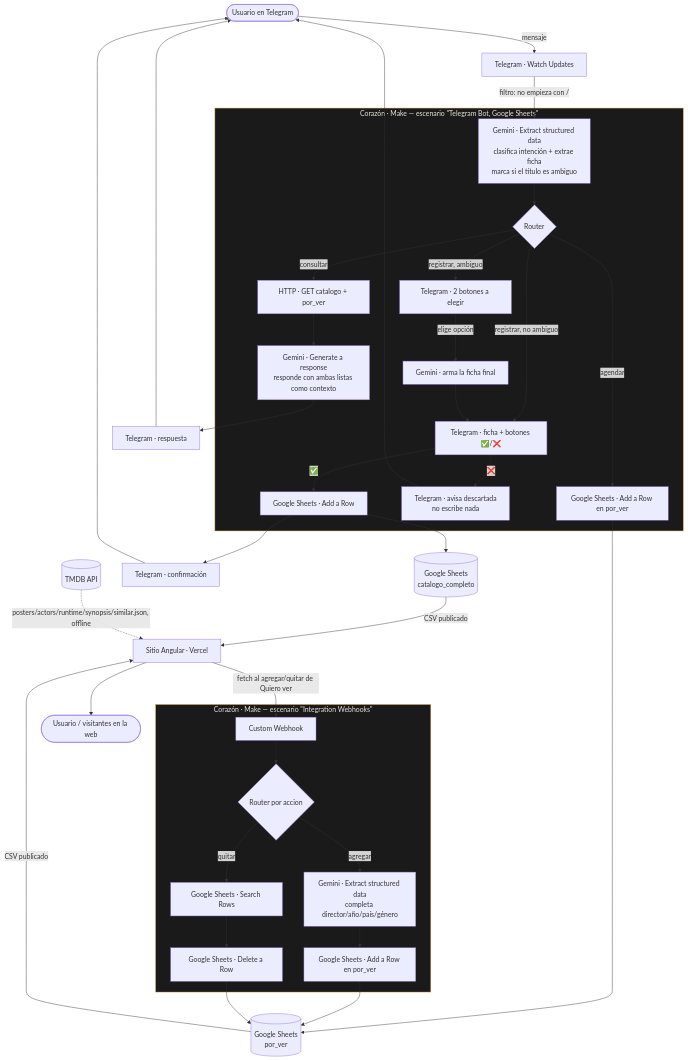
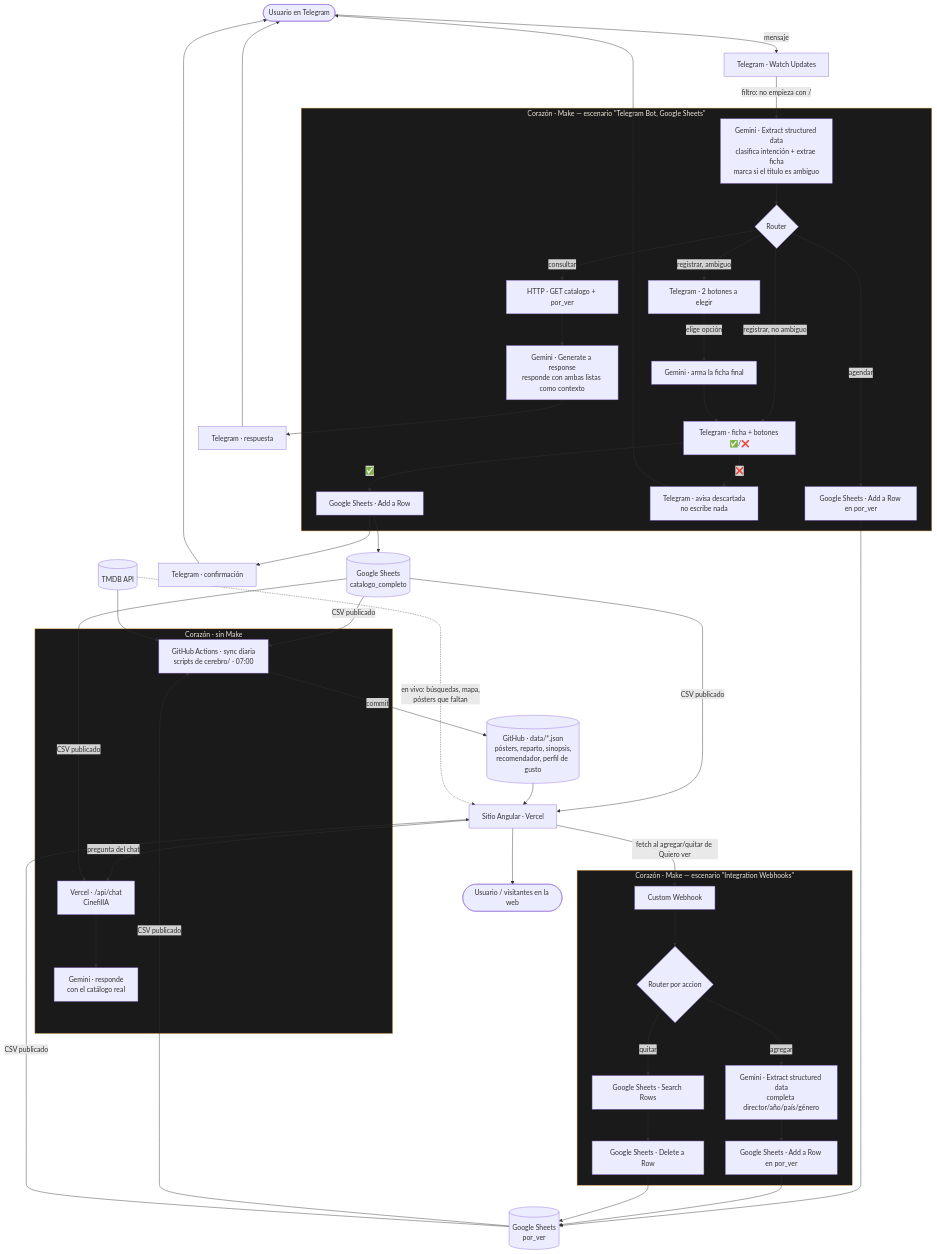
One commit to Arturogrottoli/IA-Automation-Movies changed the diagram in docs/arquitectura.md. Above: the diagram before and after it, drawn with Mermaid. The commit also changed other lines of this file and 6 other files, not shown here.

First line of the commit message:
Docs del curso y README al dia con lo de octubre

````diff
--- a/docs/arquitectura.md
+++ b/docs/arquitectura.md
@@ -16,44 +16,59 @@
 ```mermaid
 flowchart TD
     U([Usuario en Telegram]) -->|mensaje| WU[Telegram · Watch Updates]
     WU -->|filtro: no empieza con /| G1
 
     subgraph CORAZON ["Corazón · Make — escenario #quot;Telegram Bot, Google Sheets#quot;"]
       G1[Gemini · Extract structured data<br/>clasifica intención + extrae ficha<br/>marca si el título es ambiguo]
       G1 --> R{Router}
       R -->|registrar, no ambiguo| HITL[Telegram · ficha + botones ✅/❌]
       R -->|registrar, ambiguo| AMB[Telegram · 2 botones a elegir]
       AMB -->|elige opción| G3[Gemini · arma la ficha final] --> HITL
       HITL -->|✅| ADD[Google Sheets · Add a Row]
       HITL -->|❌| DESC[Telegram · avisa descartada<br/>no escribe nada]
       R -->|agendar| ADDPV[Google Sheets · Add a Row en por_ver]
       R -->|consultar| HTTP[HTTP · GET catalogo + por_ver]
       HTTP --> G2[Gemini · Generate a response<br/>responde con ambas listas como contexto]
     end
 
     subgraph WEBHOOKS ["Corazón · Make — escenario #quot;Integration Webhooks#quot;"]
       WH[Custom Webhook] --> R2{Router por accion}
       R2 -->|agregar| G4[Gemini · Extract structured data<br/>completa director/año/país/género] --> ADD2[Google Sheets · Add a Row en por_ver]
       R2 -->|quitar| SR[Google Sheets · Search Rows] --> DEL[Google Sheets · Delete a Row]
     end
 
+    subgraph SINMAKE ["Corazón · sin Make"]
+      GH[GitHub Actions · sync diaria<br/>scripts de cerebro/ · 07:00]
+      API[Vercel · /api/chat<br/>CinefilIA]
+      API --> G5[Gemini · responde<br/>con el catálogo real]
+    end
+
     ADD --> S[(Google Sheets<br/>catalogo_completo)]
     ADDPV --> PV[(Google Sheets<br/>por_ver)]
     ADD2 --> PV
     DEL --> PV
     ADD --> C1[Telegram · confirmación]
     G2 --> C2[Telegram · respuesta]
 
+    S -->|CSV publicado| GH
+    PV -->|CSV publicado| GH
+    TMDB[(TMDB API)] --> GH
+    GH -->|commit| DATA[(GitHub · data/*.json<br/>pósters, reparto, sinopsis,<br/>recomendador, perfil de gusto)]
+
     S -->|CSV publicado| WEB[Sitio Angular · Vercel]
     PV -->|CSV publicado| WEB
-    TMDB[(TMDB API)] -.->|posters/actors/runtime/synopsis/similar.json, offline| WEB
+    DATA --> WEB
+    TMDB -.->|en vivo: búsquedas, mapa,<br/>pósters que faltan| WEB
     WEB -->|fetch al agregar/quitar de Quiero ver| WH
+    WEB -->|pregunta del chat| API
+    S -->|CSV publicado| API
 
     C1 --> U
     C2 --> U
     DESC --> U
     WEB --> U2([Usuario / visitantes en la web])
 
     style CORAZON fill:#1a1a1a,stroke:#e6a94a,color:#ece6da
     style WEBHOOKS fill:#1a1a1a,stroke:#e6a94a,color:#ece6da
+    style SINMAKE fill:#1a1a1a,stroke:#e6a94a,color:#ece6da
 ```
````
